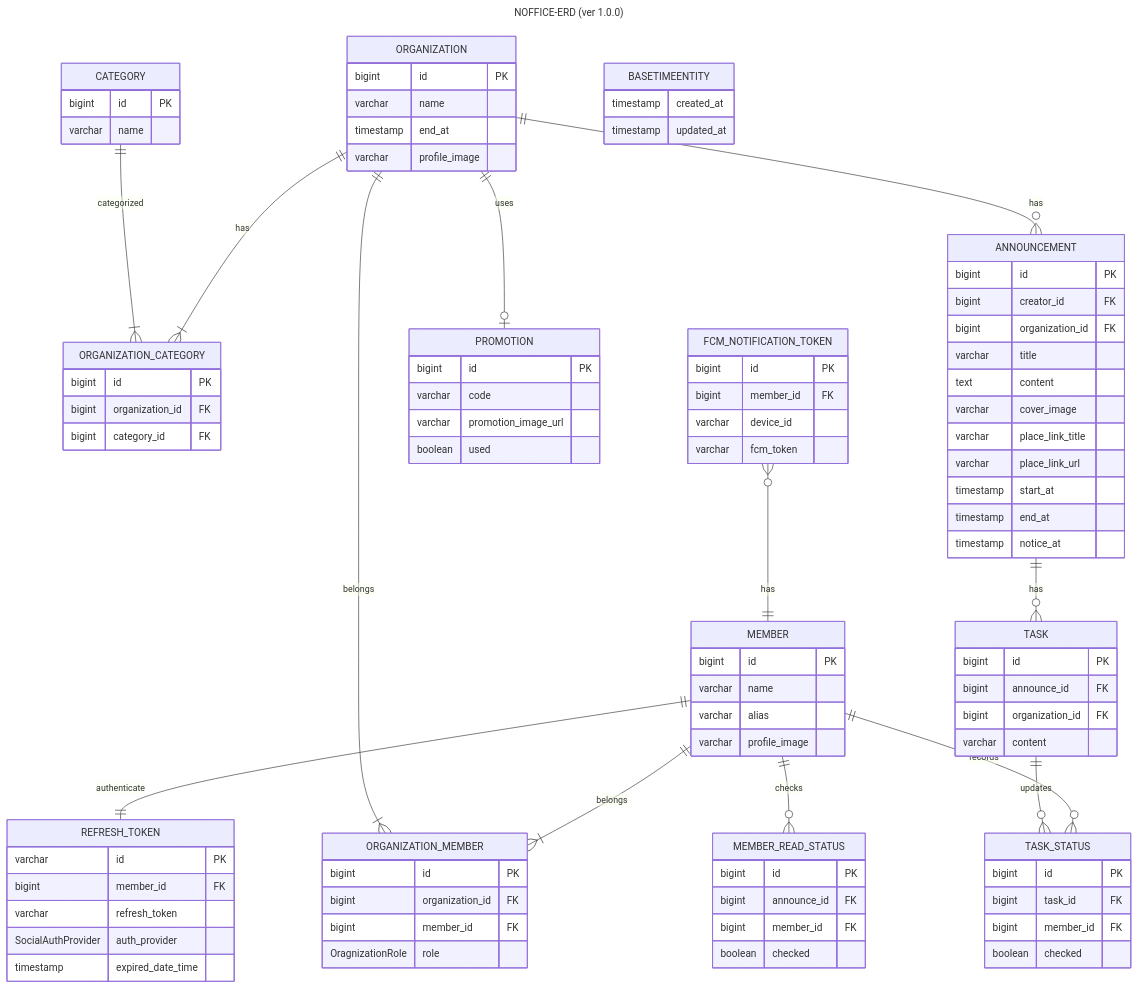
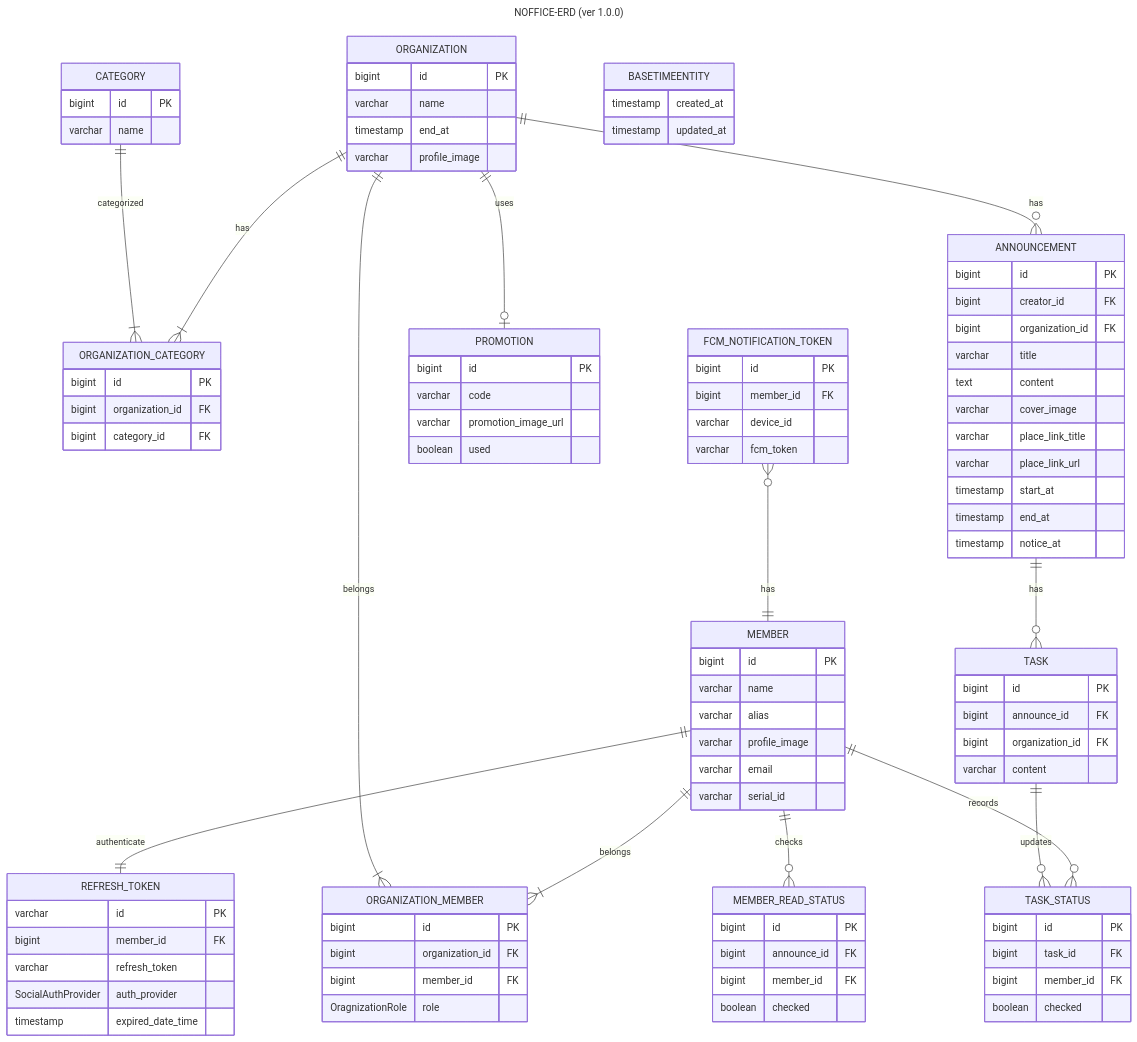
Before and after one commit to Team-Notitime/NOFFICE-SERVER: the diagram in docs/NOFFICE-erd.md, drawn with Mermaid. The commit also changed 12 other files, not shown here.

```diff
--- a/docs/NOFFICE-erd.md
+++ b/docs/NOFFICE-erd.md
@@ -10,6 +10,8 @@
         varchar name
         varchar alias
         varchar profile_image
+        varchar email
+        varchar serial_id
     }
 
     ORGANIZATION {
```
